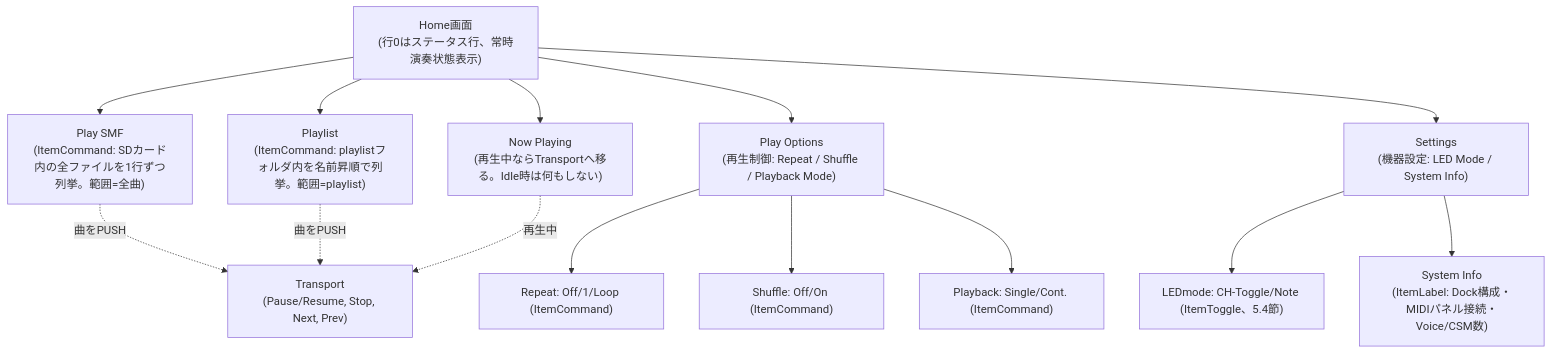
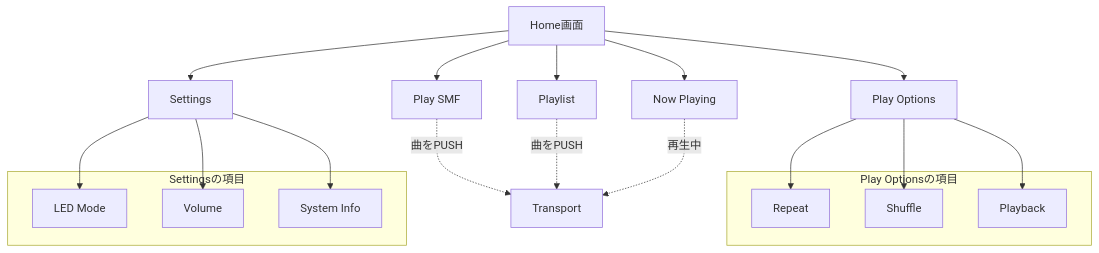
Before and after one commit to 46nori/FMSynthEnsembleV3: the third of 3 diagrams in doc/design_display_menu.md, drawn with Mermaid. The commit also changed other lines of this file and 18 other files, not shown here.

````diff
--- a/doc/design_display_menu.md
+++ b/doc/design_display_menu.md
@@ -294,17 +279,30 @@
 ```mermaid
 flowchart TD
-    Root["Home画面<br/>(行0はステータス行、常時演奏状態表示)"]
-    Root --> NowPlaying["Now Playing<br/>(再生中ならTransportへ移る。Idle時は何もしない)"]
-    Root --> PlaySmf["Play SMF<br/>(ItemCommand: SDカード内の全ファイルを1行ずつ列挙。範囲=全曲)"]
-    Root --> Playlist["Playlist<br/>(ItemCommand: playlistフォルダ内を名前昇順で列挙。範囲=playlist)"]
-    Root --> PlayOptions["Play Options<br/>(再生制御: Repeat / Shuffle / Playback Mode)"]
-    Root --> Settings["Settings<br/>(機器設定: LED Mode / System Info)"]
-    PlayOptions --> Repeat["Repeat: Off/1/Loop (ItemCommand)"]
-    PlayOptions --> Shuffle["Shuffle: Off/On (ItemCommand)"]
-    PlayOptions --> Playback["Playback: Single/Cont. (ItemCommand)"]
-    Settings --> LedMode["LEDmode: CH-Toggle/Note (ItemToggle、5.4節)"]
-    Settings --> SysInfo["System Info<br/>(ItemLabel: Dock構成・MIDIパネル接続・Voice/CSM数)"]
-    PlaySmf -. "曲をPUSH" .-> Transport["Transport<br/>(Pause/Resume, Stop, Next, Prev)"]
+    Root["Home画面"] --> NowPlaying["Now Playing"]
+    Root --> PlaySmf["Play SMF"]
+    Root --> Playlist["Playlist"]
+    Root --> PlayOptions["Play Options"]
+    Root --> Settings["Settings"]
+
+    subgraph PlayOptionsItems["Play Optionsの項目"]
+        Repeat["Repeat"]
+        Shuffle["Shuffle"]
+        Playback["Playback"]
+    end
+    subgraph SettingsItems["Settingsの項目"]
+        LedMode["LED Mode"]
+        Volume["Volume"]
+        SysInfo["System Info"]
+    end
+
+    PlayOptions --> Repeat
+    PlayOptions --> Shuffle
+    PlayOptions --> Playback
+    Settings --> LedMode
+    Settings --> Volume
+    Settings --> SysInfo
+
+    PlaySmf -. "曲をPUSH" .-> Transport["Transport"]
     Playlist -. "曲をPUSH" .-> Transport
     NowPlaying -. "再生中" .-> Transport
 ```
````
